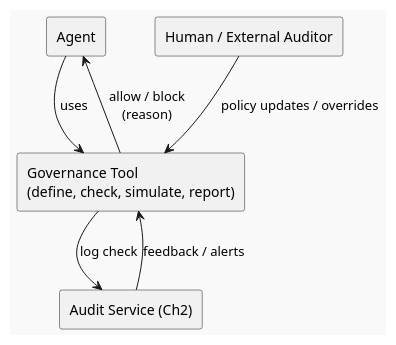
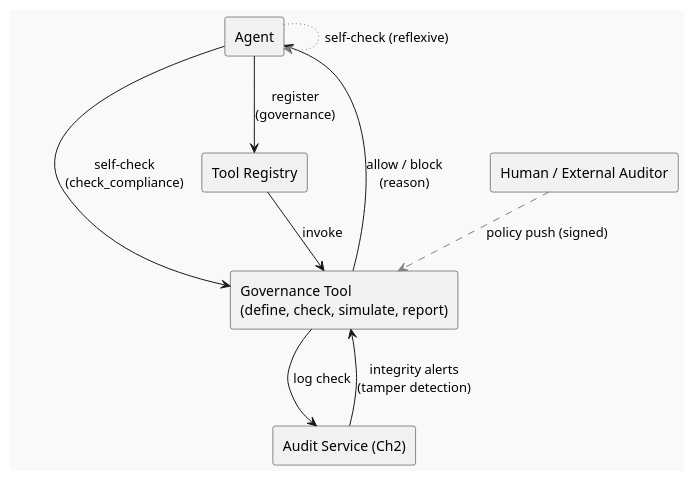
The diagram in aipa/llm-elevated/ch11-lecture-07.adoc (InquiryInstitute/AIPA), drawn with PlantUML before and after one commit. The commit also changed other lines of this file and 128 other files, not shown here.

```diff
--- a/aipa/llm-elevated/ch11-lecture-07.adoc
+++ b/aipa/llm-elevated/ch11-lecture-07.adoc
@@ -52,18 +51,23 @@
 [plantuml,ch11-l07,png,theme=sketchy-outline]
 ....
 @startuml
 skinparam componentStyle rectangle
 skinparam backgroundColor #F9F9F9
 
 component Agent
 component "Governance Tool\n(define, check, simulate, report)" as Gov
 component "Audit Service (Ch2)" as Audit
 component "Human / External Auditor" as Human
+component "Tool Registry" as Registry
 
-Agent --> Gov : uses
+Agent --> Registry : register\n(governance)
+Registry --> Gov : invoke
+Agent --> Gov : self‑check\n(check_compliance)
 Gov --> Agent : allow / block\n(reason)
 Gov --> Audit : log check
-Audit --> Gov : feedback / alerts
-Human --> Gov : policy updates / overrides
+Audit --> Gov : integrity alerts\n(tamper detection)
+Human -[#gray,dashed]-> Gov : policy push (signed)
+Agent -[#gray,dotted]-> Agent : self‑check (reflexive)
+
 @enduml
 ....
```
